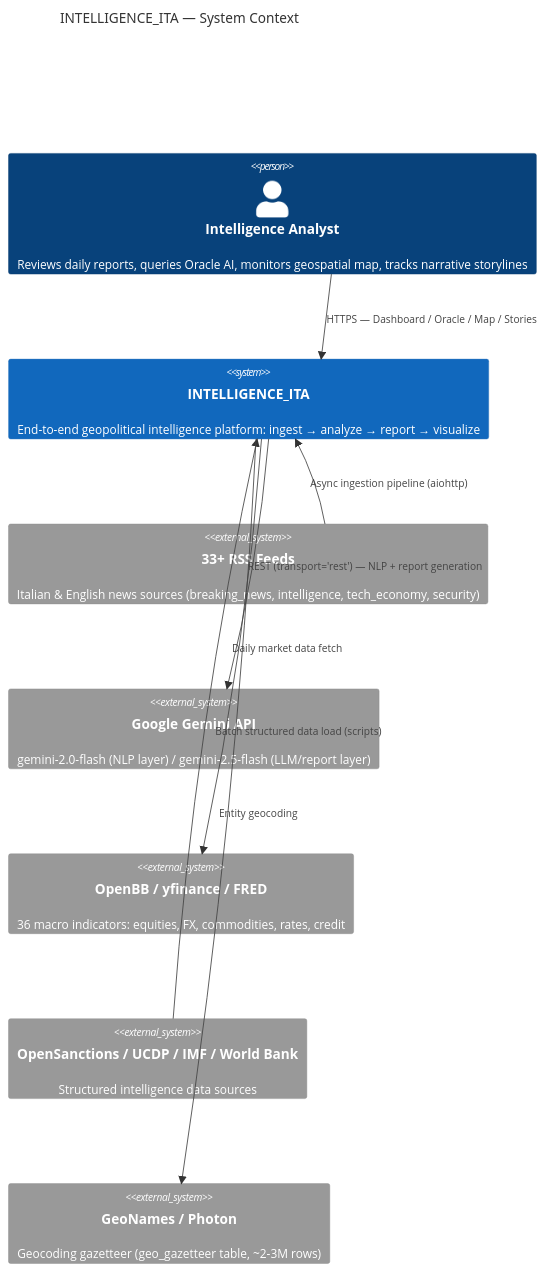
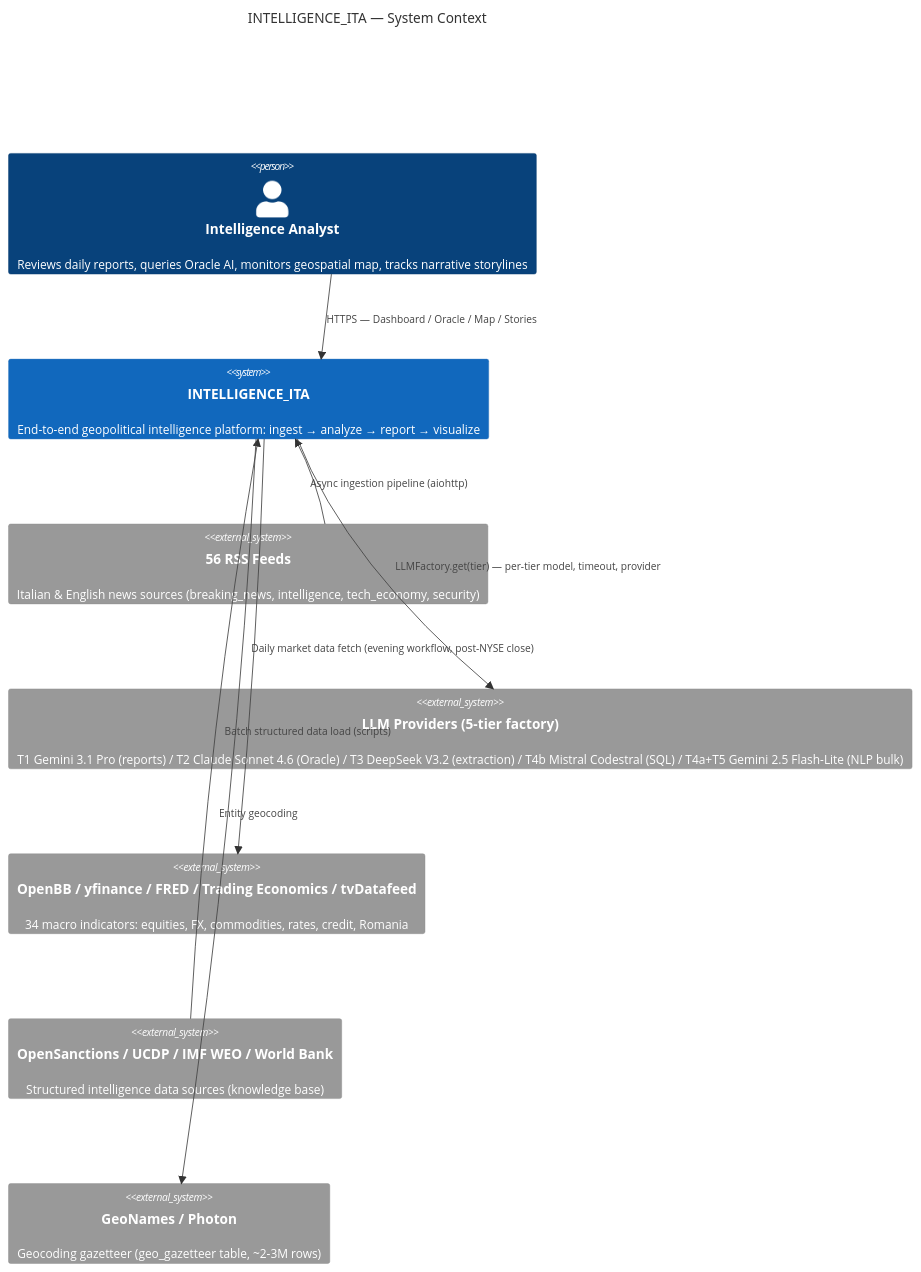
Before and after one commit to TommasoFazzi/MACROINTEL: the first of 2 diagrams in docs/architecture/00_overview.md, drawn with Mermaid. The commit also changed other lines of this file and 14 other files, not shown here.

First line of the commit message:
fix(pipeline): LLM errors, stale feeds, clustering shadow step, map WIP banner (#118)

````diff
--- a/docs/architecture/00_overview.md
+++ b/docs/architecture/00_overview.md
@@ -5,21 +5,21 @@
 ```mermaid
 C4Context
     title INTELLIGENCE_ITA — System Context
 
     Person(analyst, "Intelligence Analyst", "Reviews daily reports, queries Oracle AI, monitors geospatial map, tracks narrative storylines")
 
     System(platform, "INTELLIGENCE_ITA", "End-to-end geopolitical intelligence platform: ingest → analyze → report → visualize")
 
-    System_Ext(rss, "33+ RSS Feeds", "Italian & English news sources (breaking_news, intelligence, tech_economy, security)")
-    System_Ext(gemini, "Google Gemini API", "gemini-2.0-flash (NLP layer) / gemini-2.5-flash (LLM/report layer)")
-    System_Ext(openbb, "OpenBB / yfinance / FRED", "36 macro indicators: equities, FX, commodities, rates, credit")
-    System_Ext(osanctions, "OpenSanctions / UCDP / IMF / World Bank", "Structured intelligence data sources")
+    System_Ext(rss, "56 RSS Feeds", "Italian & English news sources (breaking_news, intelligence, tech_economy, security)")
+    System_Ext(llm, "LLM Providers (5-tier factory)", "T1 Gemini 3.1 Pro (reports) / T2 Claude Sonnet 4.6 (Oracle) / T3 DeepSeek V3.2 (extraction) / T4b Mistral Codestral (SQL) / T4a+T5 Gemini 2.5 Flash-Lite (NLP bulk)")
+    System_Ext(openbb, "OpenBB / yfinance / FRED / Trading Economics / tvDatafeed", "34 macro indicators: equities, FX, commodities, rates, credit, Romania")
+    System_Ext(osanctions, "OpenSanctions / UCDP / IMF WEO / World Bank", "Structured intelligence data sources (knowledge base)")
     System_Ext(geonames, "GeoNames / Photon", "Geocoding gazetteer (geo_gazetteer table, ~2-3M rows)")
 
     Rel(analyst, platform, "HTTPS — Dashboard / Oracle / Map / Stories")
     Rel(rss, platform, "Async ingestion pipeline (aiohttp)")
-    Rel(platform, gemini, "REST (transport='rest') — NLP + report generation")
-    Rel(platform, openbb, "Daily market data fetch")
+    Rel(platform, llm, "LLMFactory.get(tier) — per-tier model, timeout, provider")
+    Rel(platform, openbb, "Daily market data fetch (evening workflow, post-NYSE close)")
     Rel(osanctions, platform, "Batch structured data load (scripts)")
     Rel(platform, geonames, "Entity geocoding")
 ```
````
